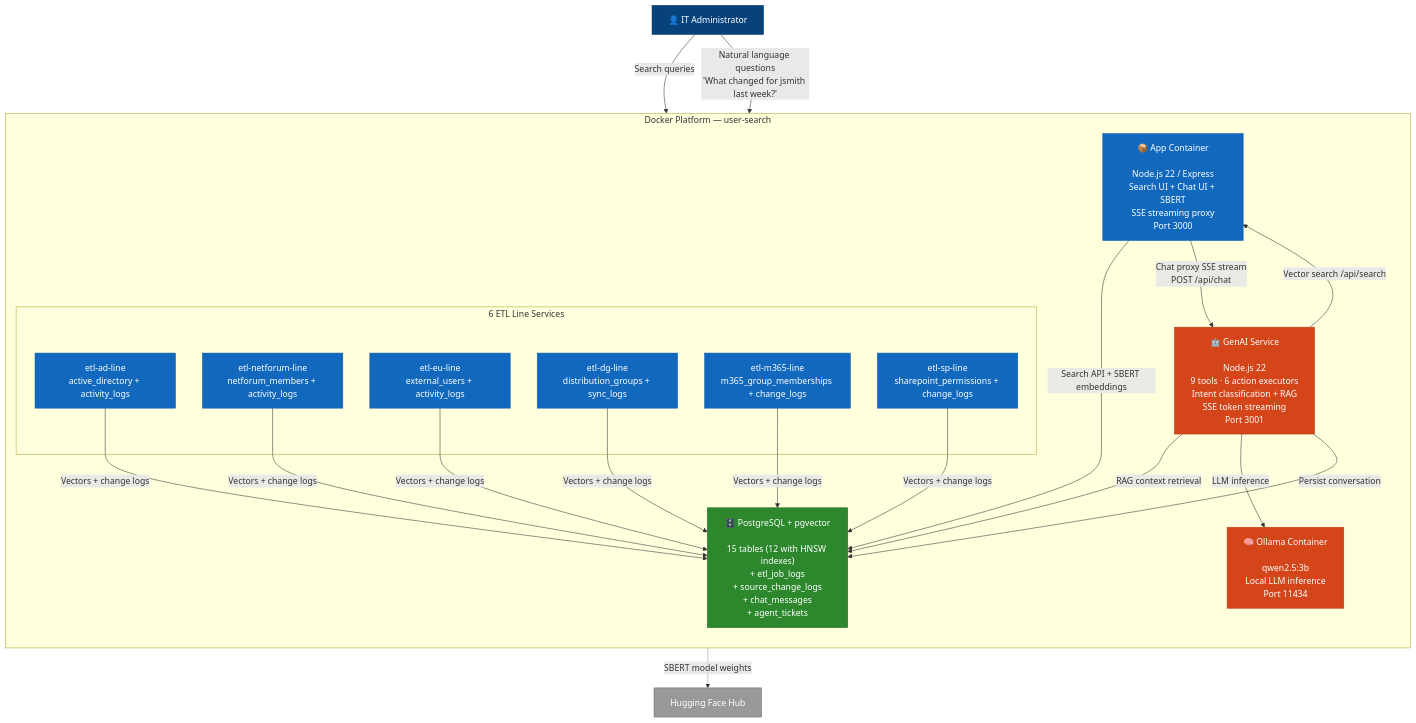
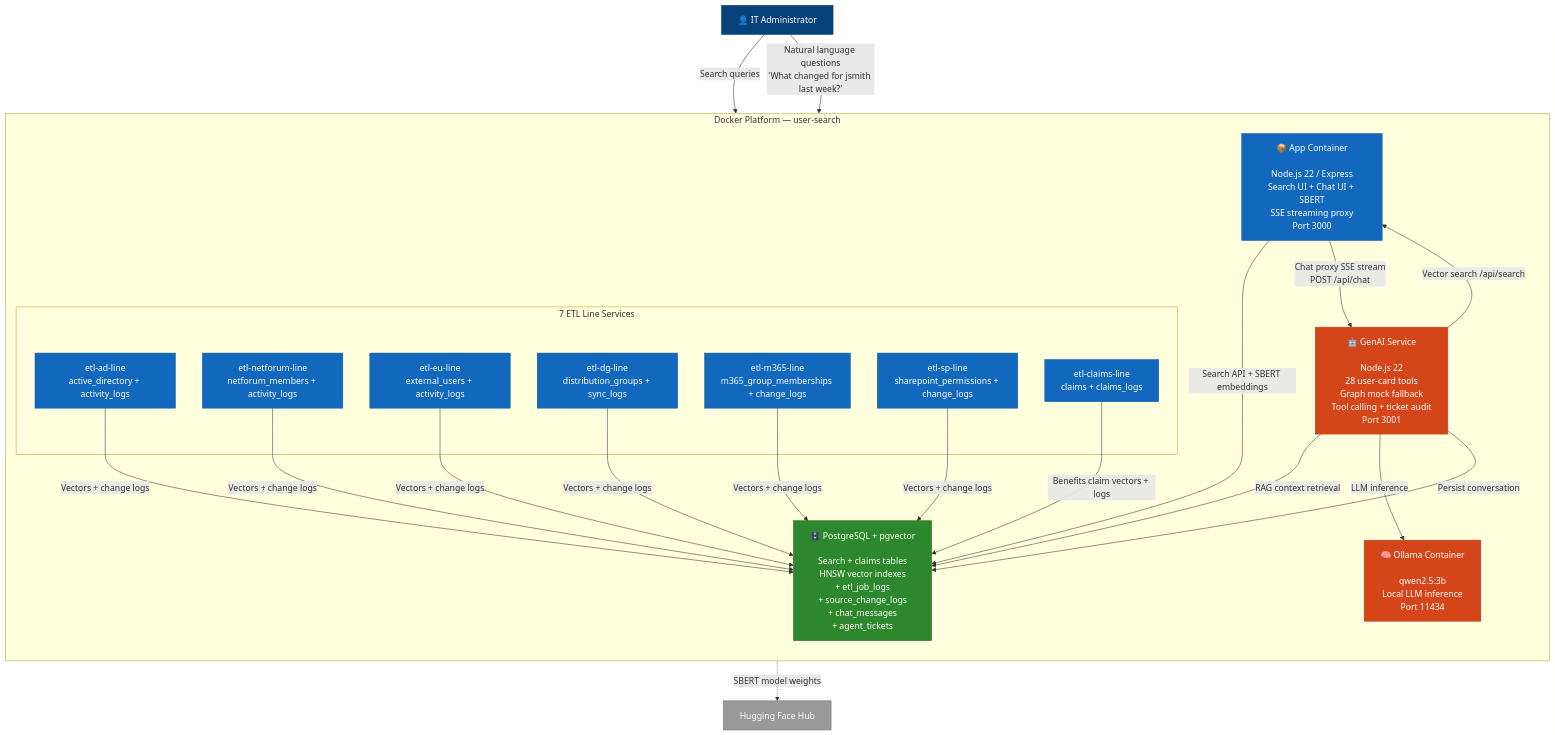
Before and after one commit to sjackshaw/user-search: the diagram in docs/diagrams/genai-target-architecture.md, drawn with Mermaid. The commit also changed other lines of this file and 33 other files, not shown here.

First line of the commit message:
feat: add member benefits application with API for claims and document generation

````diff
--- a/docs/diagrams/genai-target-architecture.md
+++ b/docs/diagrams/genai-target-architecture.md
@@ -5,49 +5,51 @@
 ```mermaid
 graph TB
     classDef person fill:#08427B,stroke:#073B6F,color:#fff
     classDef existing fill:#1168BD,stroke:#0E5BA7,color:#fff
     classDef genai fill:#D4451A,stroke:#B83A15,color:#fff
     classDef database fill:#2D882D,stroke:#226622,color:#fff
     classDef external fill:#999999,stroke:#6B6B6B,color:#fff
 
     User["👤 IT Administrator"]:::person
 
     subgraph DockerPlatform [" Docker Platform — user-search "]
         direction TB
 
         App["📦 App Container<br/><br/>Node.js 22 / Express<br/>Search UI + Chat UI + SBERT<br/>SSE streaming proxy<br/>Port 3000"]:::existing
 
-        GenAI["🤖 GenAI Service<br/><br/>Node.js 22<br/>9 tools · 6 action executors<br/>Intent classification + RAG<br/>SSE token streaming<br/>Port 3001"]:::genai
+        GenAI["🤖 GenAI Service<br/><br/>Node.js 22<br/>28 user-card tools<br/>Graph mock fallback<br/>Tool calling + ticket audit<br/>Port 3001"]:::genai
 
         Ollama["🧠 Ollama Container<br/><br/>qwen2.5:3b<br/>Local LLM inference<br/>Port 11434"]:::genai
 
-        Postgres["🗄️ PostgreSQL + pgvector<br/><br/>15 tables (12 with HNSW indexes)<br/>+ etl_job_logs<br/>+ source_change_logs<br/>+ chat_messages<br/>+ agent_tickets"]:::database
+        Postgres["🗄️ PostgreSQL + pgvector<br/><br/>Search + claims tables<br/>HNSW vector indexes<br/>+ etl_job_logs<br/>+ source_change_logs<br/>+ chat_messages<br/>+ agent_tickets"]:::database
 
-        subgraph ETLServices [" 6 ETL Line Services "]
+        subgraph ETLServices [" 7 ETL Line Services "]
             ETL_AD["etl-ad-line<br/>active_directory + activity_logs"]:::existing
             ETL_NF["etl-netforum-line<br/>netforum_members + activity_logs"]:::existing
             ETL_EU["etl-eu-line<br/>external_users + activity_logs"]:::existing
             ETL_DG["etl-dg-line<br/>distribution_groups + sync_logs"]:::existing
             ETL_M365["etl-m365-line<br/>m365_group_memberships + change_logs"]:::existing
             ETL_SP["etl-sp-line<br/>sharepoint_permissions + change_logs"]:::existing
+            ETL_CLAIMS["etl-claims-line<br/>claims + claims_logs"]:::existing
         end
     end
 
     HF["Hugging Face Hub"]:::external
 
     User -->|"Search queries"| App
     User -->|"Natural language questions<br/>'What changed for jsmith last week?'"| App
     App -->|"Search API + SBERT embeddings"| Postgres
     App -->|"Chat proxy SSE stream<br/>POST /api/chat"| GenAI
     GenAI -->|"RAG context retrieval"| Postgres
     GenAI -->|"Vector search /api/search"| App
     GenAI -->|"LLM inference"| Ollama
     GenAI -->|"Persist conversation"| Postgres
     ETL_AD -->|"Vectors + change logs"| Postgres
     ETL_NF -->|"Vectors + change logs"| Postgres
     ETL_EU -->|"Vectors + change logs"| Postgres
     ETL_DG -->|"Vectors + change logs"| Postgres
     ETL_M365 -->|"Vectors + change logs"| Postgres
     ETL_SP -->|"Vectors + change logs"| Postgres
+    ETL_CLAIMS -->|"Benefits claim vectors + logs"| Postgres
     App -.->|"SBERT model weights"| HF
 ```
````
